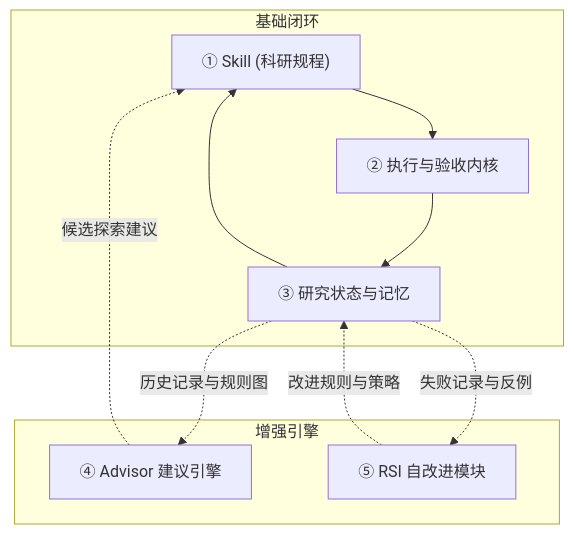
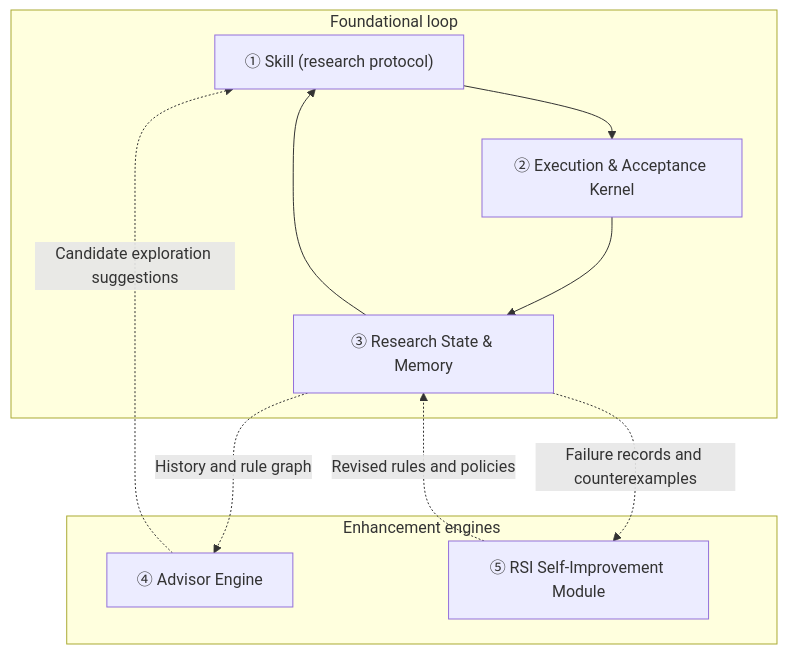
One commit to kongtou20070406/RDS changed the diagram in README.md. Above: the diagram before and after it, drawn with Mermaid. The commit also changed other lines of this file and 3 other files, not shown here.

````diff
--- a/README.md
+++ b/README.md
@@ -47,14 +47,14 @@
 ```mermaid
 flowchart TD
-    subgraph 基础闭环
-        S["① Skill (科研规程)"] --> K["② 执行与验收内核"]
-        K --> M["③ 研究状态与记忆"]
+    subgraph Foundational_loop[Foundational loop]
+        S["① Skill (research protocol)"] --> K["② Execution & Acceptance Kernel"]
+        K --> M["③ Research State & Memory"]
         M --> S
     end
-    subgraph 增强引擎
-        M -. 历史记录与规则图 .-> A["④ Advisor 建议引擎"]
-        A -. 候选探索建议 .-> S
-        M -. 失败记录与反例 .-> R["⑤ RSI 自改进模块"]
-        R -. 改进规则与策略 .-> M
+    subgraph Enhancement_engines[Enhancement engines]
+        M -. History and rule graph .-> A["④ Advisor Engine"]
+        A -. Candidate exploration suggestions .-> S
+        M -. Failure records and counterexamples .-> R["⑤ RSI Self-Improvement Module"]
+        R -. Revised rules and policies .-> M
     end
 ```
````
